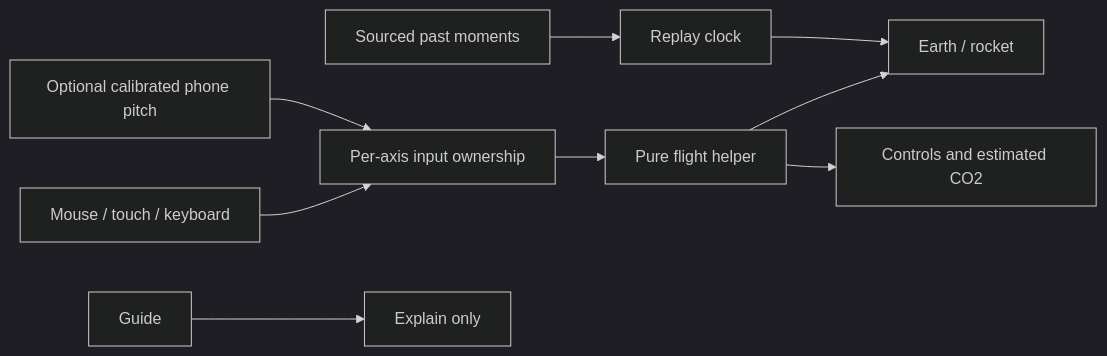
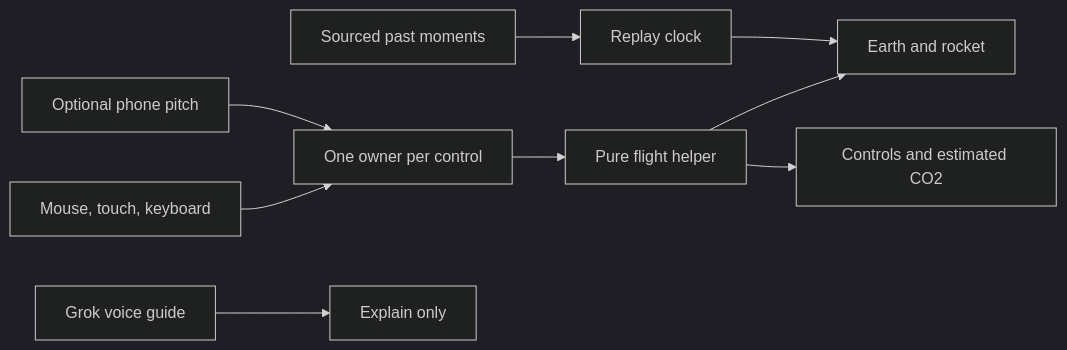
Before and after one commit to NPX2218/teardown: the diagram in README.md, drawn with Mermaid (dark theme). The commit also changed other lines of this file and 2 other files, not shown here.

````diff
--- a/README.md
+++ b/README.md
@@ -83,11 +99,11 @@
 ```mermaid
 flowchart LR
-  Local[Mouse / touch / keyboard] --> Input[Per-axis input ownership]
-  Phone[Optional calibrated phone pitch] --> Input
-  Input --> Flight[Pure flight helper]
-  Flight --> Scene[Earth / rocket]
-  Flight --> HUD[Controls and estimated CO2]
-  History[Sourced past moments] --> Replay[Replay clock]
+  Local["Mouse, touch, keyboard"] --> Input["One owner per control"]
+  Phone["Optional phone pitch"] --> Input
+  Input --> Flight["Pure flight helper"]
+  Flight --> Scene["Earth and rocket"]
+  Flight --> HUD["Controls and estimated CO2"]
+  History["Sourced past moments"] --> Replay["Replay clock"]
   Replay --> Scene
-  Guide[Guide] --> Explain[Explain only]
+  Guide["Grok voice guide"] --> Explain["Explain only"]
 ```
````
